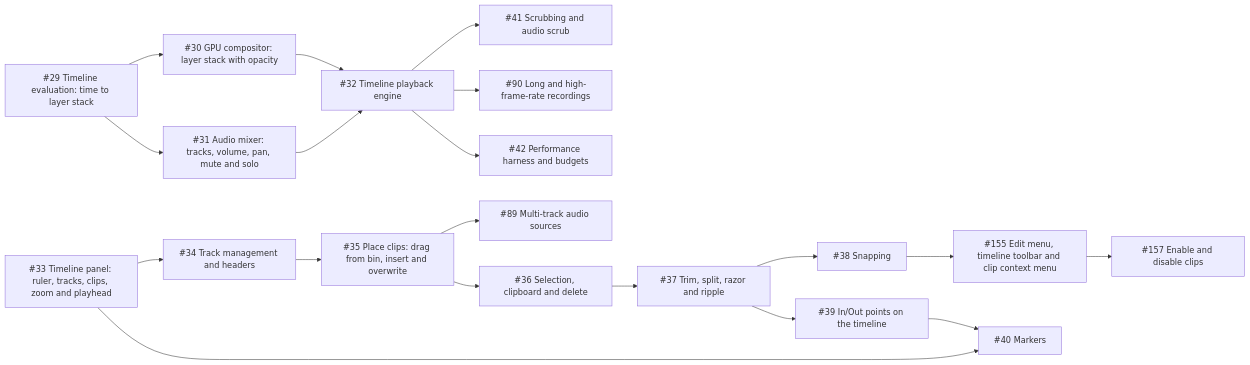
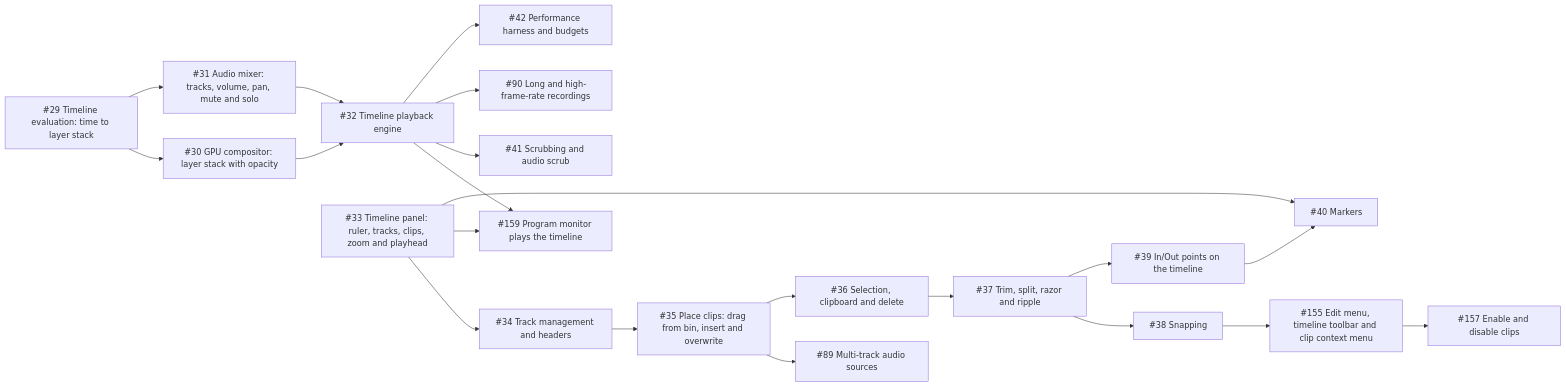
Before and after one commit to jarradbanks/jvid: the third of 7 diagrams in docs/ROADMAP.md, drawn with Mermaid. The commit also changed other lines of this file and 2 other files, not shown here.

Commit message:
Roadmap: add program monitor wiring (M2)

````diff
--- a/docs/ROADMAP.md
+++ b/docs/ROADMAP.md
@@ -164,39 +164,42 @@
 ```mermaid
 flowchart LR
   eval["#35;29 Timeline evaluation: time to layer stack"]
   compositor["#35;30 GPU compositor: layer stack with opacity"]
   mixer["#35;31 Audio mixer: tracks, volume, pan, mute and solo"]
   playback["#35;32 Timeline playback engine"]
   timeline_widget["#35;33 Timeline panel: ruler, tracks, clips, zoom and playhead"]
   tracks["#35;34 Track management and headers"]
   place_clips["#35;35 Place clips: drag from bin, insert and overwrite"]
   multi_audio["#35;89 Multi-track audio sources"]
   select_clipboard["#35;36 Selection, clipboard and delete"]
   trim_split["#35;37 Trim, split, razor and ripple"]
   snapping["#35;38 Snapping"]
   edit_ui["#35;155 Edit menu, timeline toolbar and clip context menu"]
   clip_enable["#35;157 Enable and disable clips"]
+  program_monitor["#35;159 Program monitor plays the timeline"]
   in_out["#35;39 In/Out points on the timeline"]
   markers["#35;40 Markers"]
   scrub["#35;41 Scrubbing and audio scrub"]
   long_hfr["#35;90 Long and high-frame-rate recordings"]
   perf_harness["#35;42 Performance harness and budgets"]
   eval --> compositor
   eval --> mixer
   compositor --> playback
   mixer --> playback
   timeline_widget --> tracks
   tracks --> place_clips
   place_clips --> multi_audio
   place_clips --> select_clipboard
   select_clipboard --> trim_split
   trim_split --> snapping
   snapping --> edit_ui
   edit_ui --> clip_enable
+  playback --> program_monitor
+  timeline_widget --> program_monitor
   trim_split --> in_out
   timeline_widget --> markers
   in_out --> markers
   playback --> scrub
   playback --> long_hfr
   playback --> perf_harness
 ```
````
